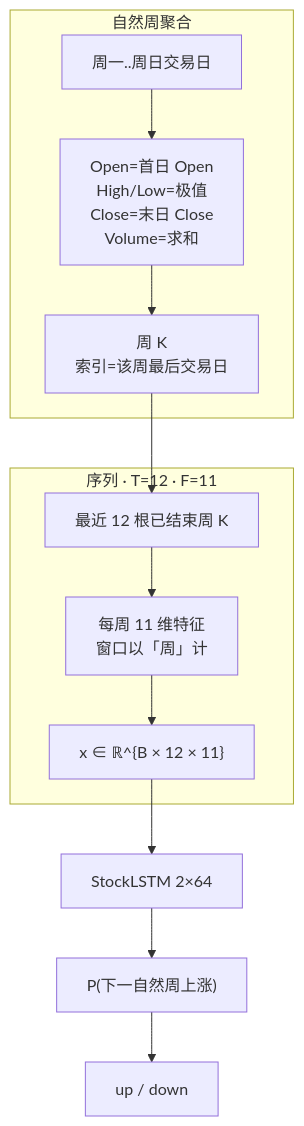
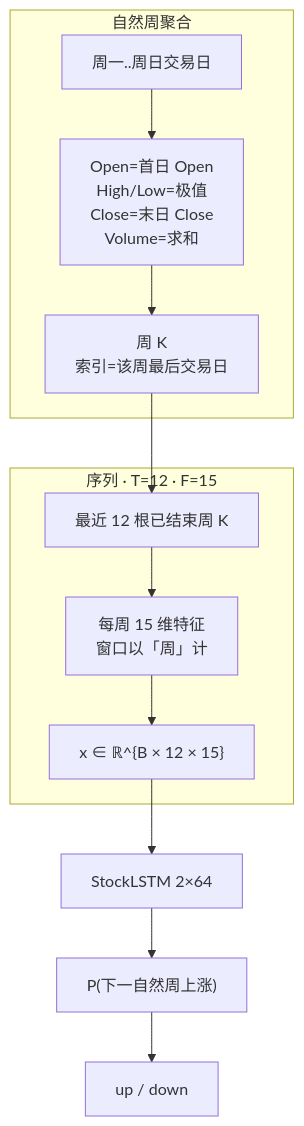
The sixth of 11 diagrams in docs/model-architecture.md (fanqingsong/stock_predictive), drawn with Mermaid before and after one commit. The commit also changed other lines of this file and 7 other files, not shown here.

First line of the commit message:
Add market-benchmark relative features and bump feature schema to v6-scale.

````diff
--- a/docs/model-architecture.md
+++ b/docs/model-architecture.md
@@ -311,17 +311,17 @@
 ```mermaid
 flowchart TB
   subgraph agg [自然周聚合]
     D1[周一..周日交易日] --> AGG["Open=首日 Open<br/>High/Low=极值<br/>Close=末日 Close<br/>Volume=求和"]
     AGG --> WB["周 K<br/>索引=该周最后交易日"]
   end
 
-  subgraph seq [序列 · T=12 · F=11]
+  subgraph seq [序列 · T=12 · F=15]
     WB --> WIN["最近 12 根已结束周 K"]
-    WIN --> XF["每周 11 维特征<br/>窗口以「周」计"]
-    XF --> XW["x ∈ ℝ^{B × 12 × 11}"]
+    WIN --> XF["每周 15 维特征<br/>窗口以「周」计"]
+    XF --> XW["x ∈ ℝ^{B × 12 × 15}"]
   end
 
   XW --> NW["StockLSTM 2×64"]
   NW --> PW["P(下一自然周上涨)"]
   PW --> CW["up / down"]
 ```
````
